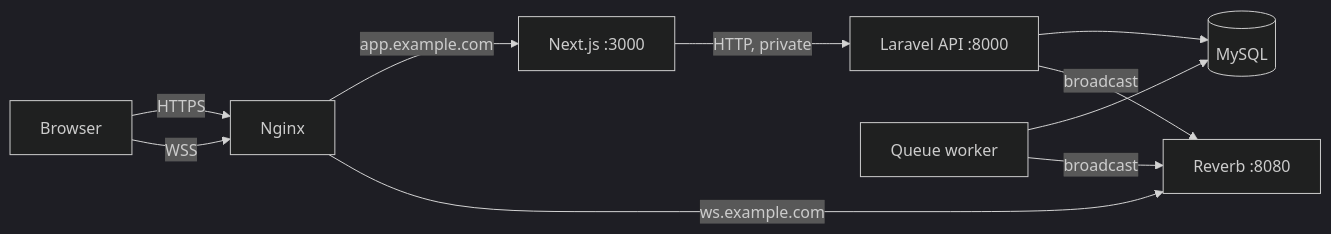
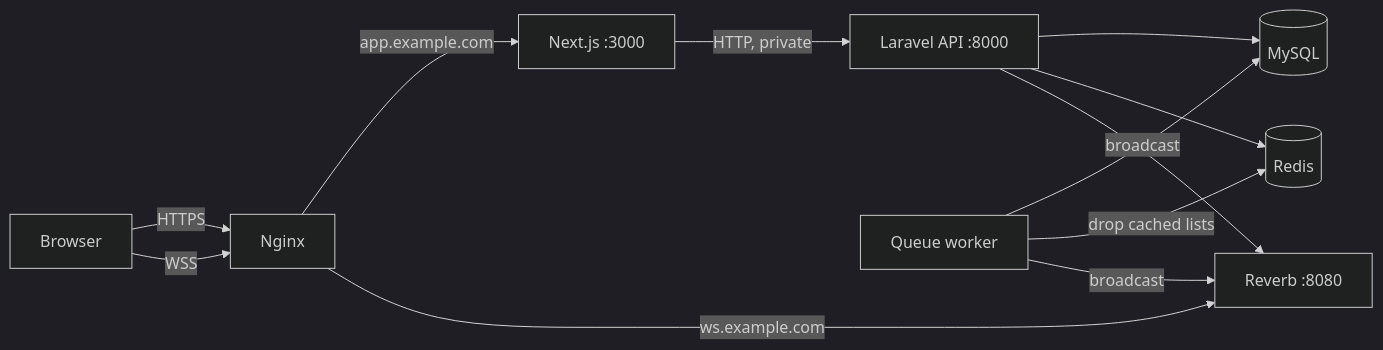
One commit to hrndbrs/task-management changed the diagram in documentation/deployment.md. Above: the diagram before and after it, drawn with Mermaid (dark theme). The commit also changed other lines of this file and 5 other files, not shown here.

````diff
--- a/documentation/deployment.md
+++ b/documentation/deployment.md
@@ -18,12 +19,14 @@
 ```mermaid
 flowchart LR
     Browser -- "HTTPS" --> Nginx
     Browser -- "WSS" --> Nginx
     Nginx -- "app.example.com" --> Next["Next.js :3000"]
     Nginx -- "ws.example.com" --> Reverb["Reverb :8080"]
     Next -- "HTTP, private" --> API["Laravel API :8000"]
     API --> MySQL[(MySQL)]
+    API --> Redis[(Redis)]
     Worker["Queue worker"] --> MySQL
+    Worker -- "drop cached lists" --> Redis
     Worker -- "broadcast" --> Reverb
     API -- "broadcast" --> Reverb
 ```
````
